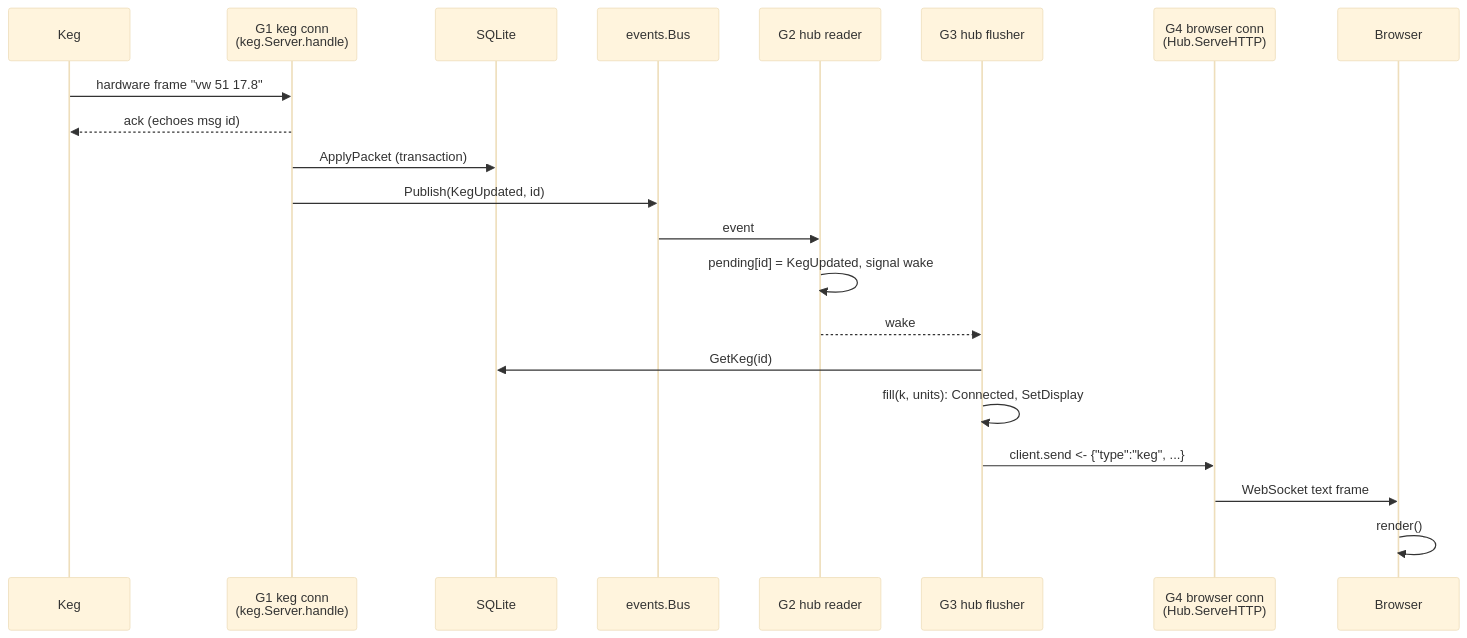
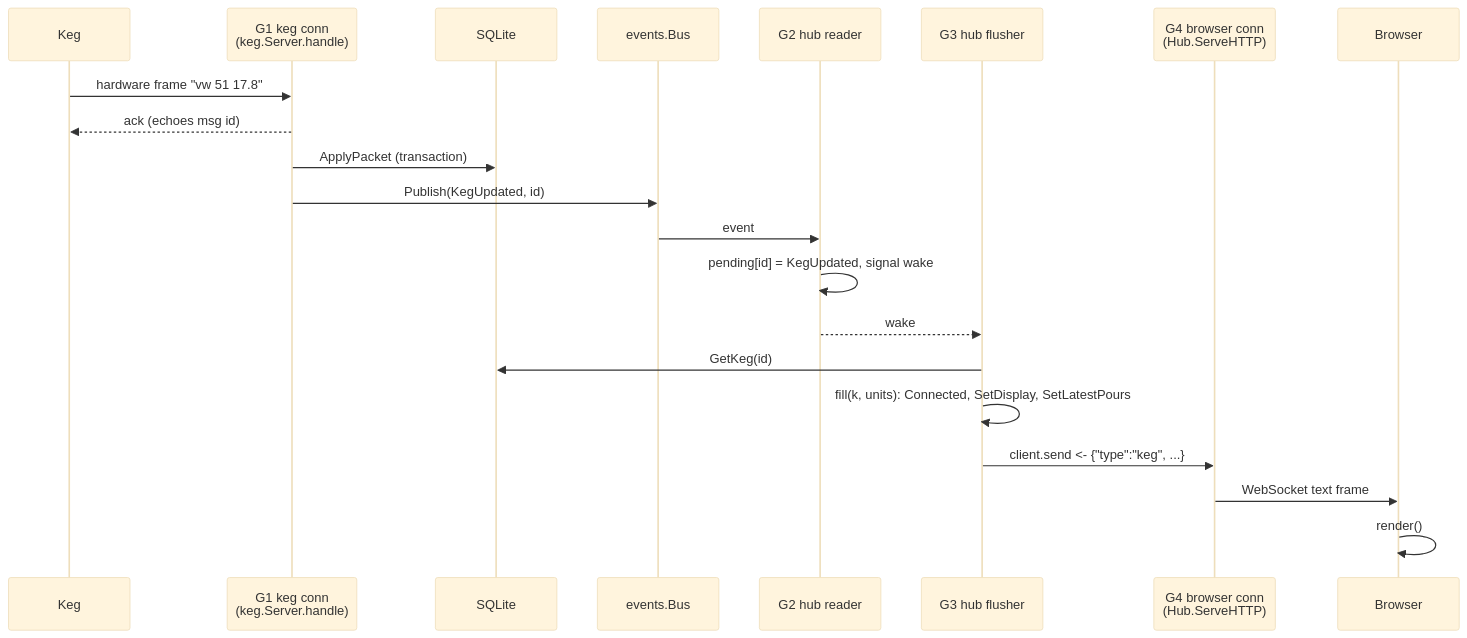
The diagram in docs/keg-to-websocket.md (matt-freed/open-plaato-keg), drawn with Mermaid (base theme) before and after one commit. The commit also changed other lines of this file and 12 other files, not shown here.

````diff
--- a/docs/keg-to-websocket.md
+++ b/docs/keg-to-websocket.md
@@ -22,24 +22,24 @@
 ```mermaid
 sequenceDiagram
     participant Keg
     participant G1 as G1 keg conn<br/>(keg.Server.handle)
     participant DB as SQLite
     participant Bus as events.Bus
     participant G2 as G2 hub reader
     participant G3 as G3 hub flusher
     participant G4 as G4 browser conn<br/>(Hub.ServeHTTP)
     participant Browser
 
     Keg->>G1: hardware frame "vw 51 17.8"
     G1-->>Keg: ack (echoes msg id)
     G1->>DB: ApplyPacket (transaction)
     G1->>Bus: Publish(KegUpdated, id)
     Bus->>G2: event
     G2->>G2: pending[id] = KegUpdated, signal wake
     G2-->>G3: wake
     G3->>DB: GetKeg(id)
-    G3->>G3: fill(k, units): Connected, SetDisplay
+    G3->>G3: fill(k, units): Connected, SetDisplay, SetLatestPours
     G3->>G4: client.send <- {"type":"keg", ...}
     G4->>Browser: WebSocket text frame
     Browser->>Browser: render()
 ```
````
